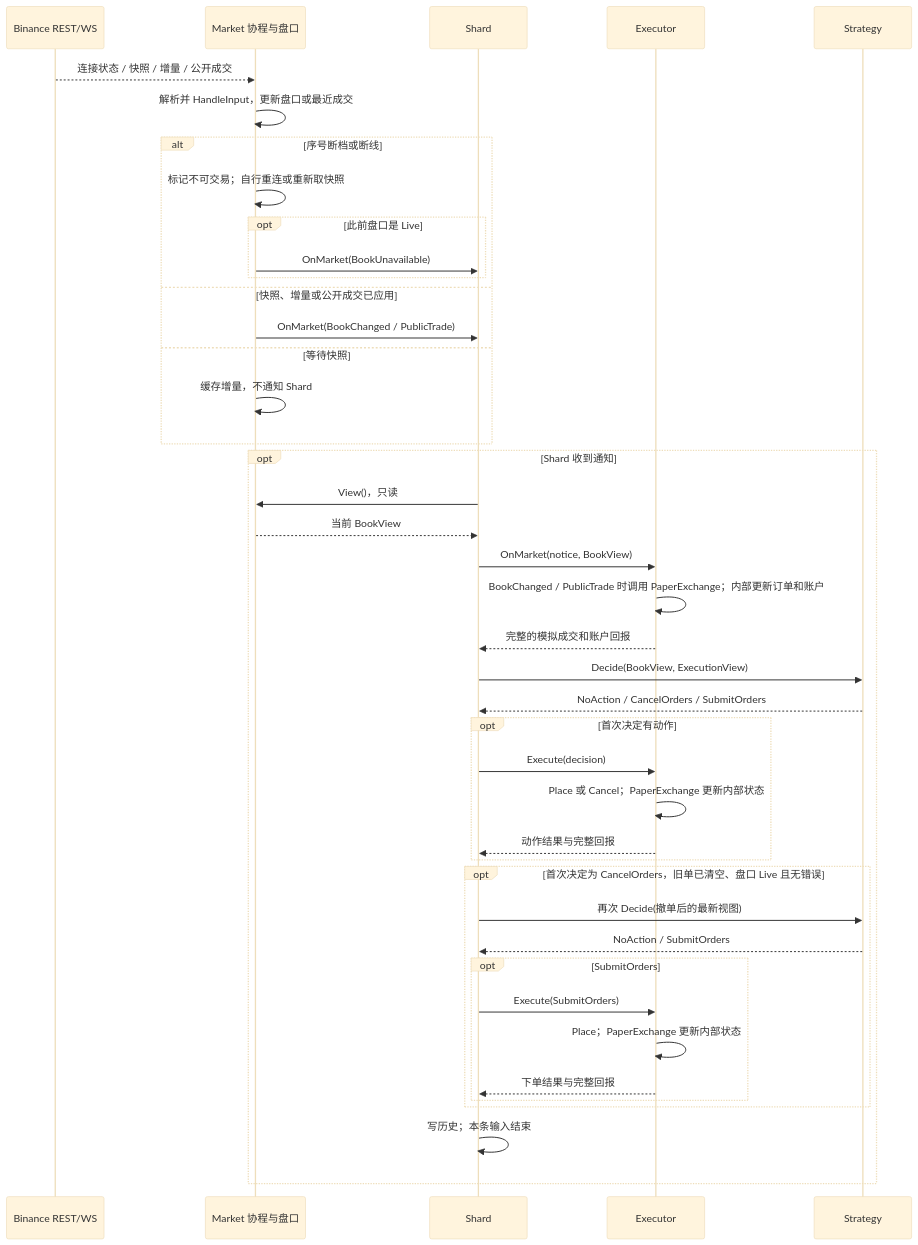
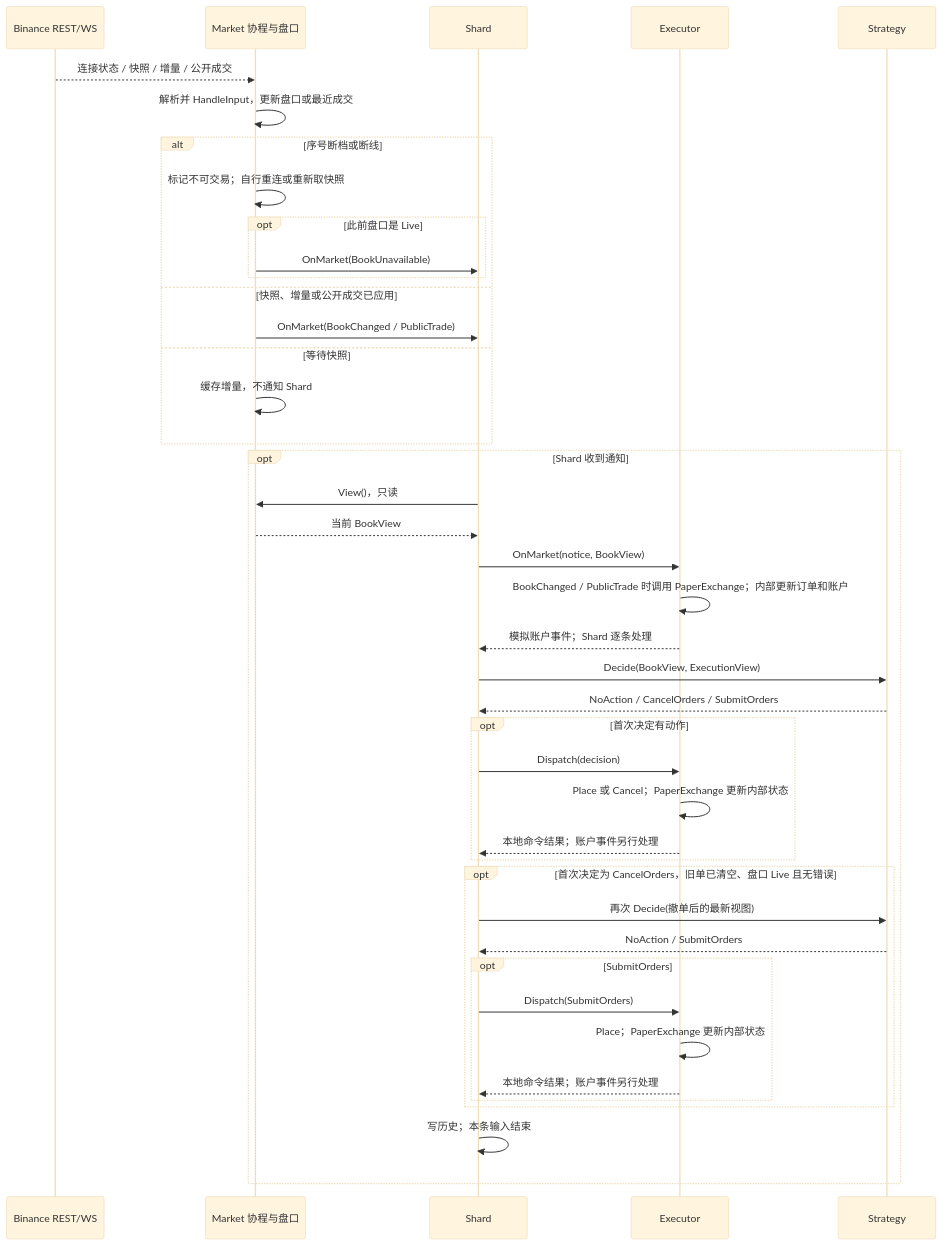
The fifth of 10 diagrams in docs/DESIGN.md (larrystd/hbot-quant), drawn with Mermaid (base theme) before and after one commit. The commit also changed other lines of this file and 206 other files, not shown here.

```diff
--- a/docs/DESIGN.md
+++ b/docs/DESIGN.md
@@ -283,44 +294,44 @@
 ~~~mermaid
 sequenceDiagram
     participant B as Binance REST/WS
     participant M as Market 协程与盘口
     participant S as Shard
     participant E as Executor
     participant P as Strategy
     B-->>M: 连接状态 / 快照 / 增量 / 公开成交
     M->>M: 解析并 HandleInput，更新盘口或最近成交
     alt 序号断档或断线
         M->>M: 标记不可交易；自行重连或重新取快照
         opt 此前盘口是 Live
             M->>S: OnMarket(BookUnavailable)
         end
     else 快照、增量或公开成交已应用
         M->>S: OnMarket(BookChanged / PublicTrade)
     else 等待快照
         M->>M: 缓存增量，不通知 Shard
     end
     opt Shard 收到通知
         S->>M: View()，只读
         M-->>S: 当前 BookView
         S->>E: OnMarket(notice, BookView)
         E->>E: BookChanged / PublicTrade 时调用 PaperExchange；内部更新订单和账户
-        E-->>S: 完整的模拟成交和账户回报
+        E-->>S: 模拟账户事件；Shard 逐条处理
         S->>P: Decide(BookView, ExecutionView)
         P-->>S: NoAction / CancelOrders / SubmitOrders
         opt 首次决定有动作
-            S->>E: Execute(decision)
+            S->>E: Dispatch(decision)
             E->>E: Place 或 Cancel；PaperExchange 更新内部状态
-            E-->>S: 动作结果与完整回报
+            E-->>S: 本地命令结果；账户事件另行处理
         end
         opt 首次决定为 CancelOrders，旧单已清空、盘口 Live 且无错误
             S->>P: 再次 Decide(撤单后的最新视图)
             P-->>S: NoAction / SubmitOrders
             opt SubmitOrders
-                S->>E: Execute(SubmitOrders)
+                S->>E: Dispatch(SubmitOrders)
                 E->>E: Place；PaperExchange 更新内部状态
-                E-->>S: 下单结果与完整回报
+                E-->>S: 本地命令结果；账户事件另行处理
             end
         end
         S->>S: 写历史；本条输入结束
     end
 ~~~
```
